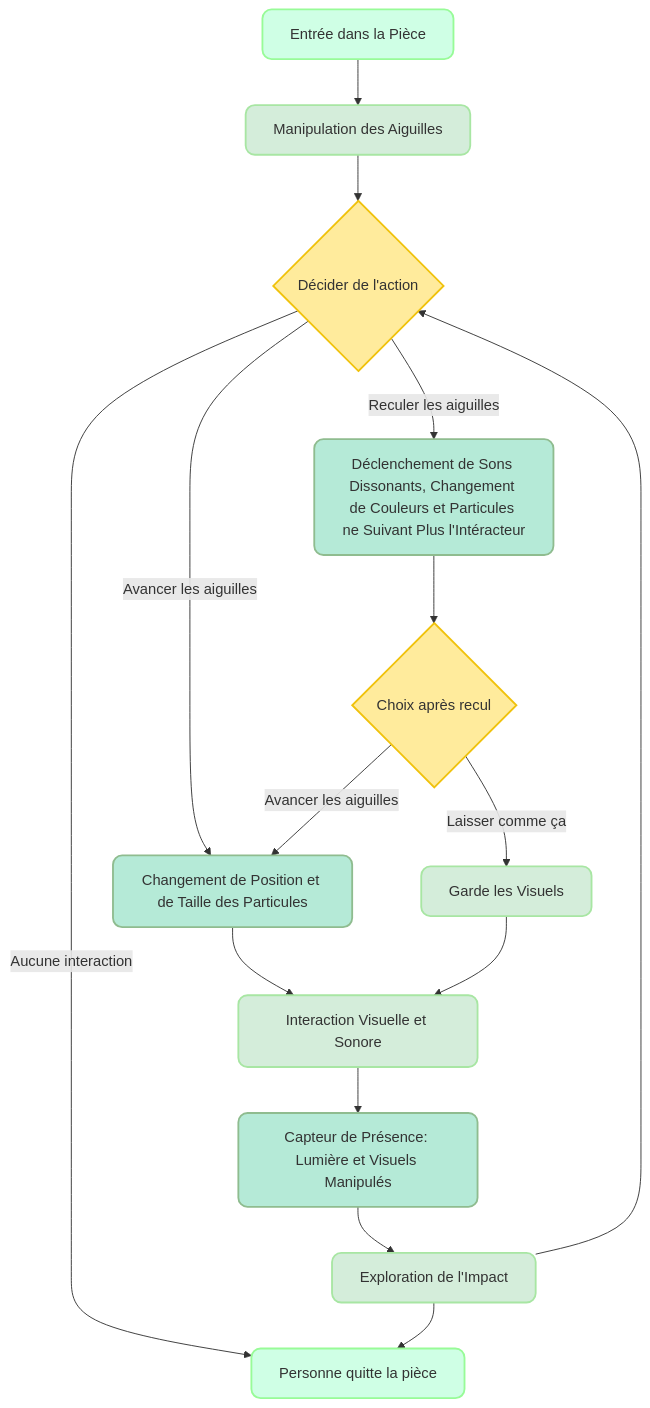
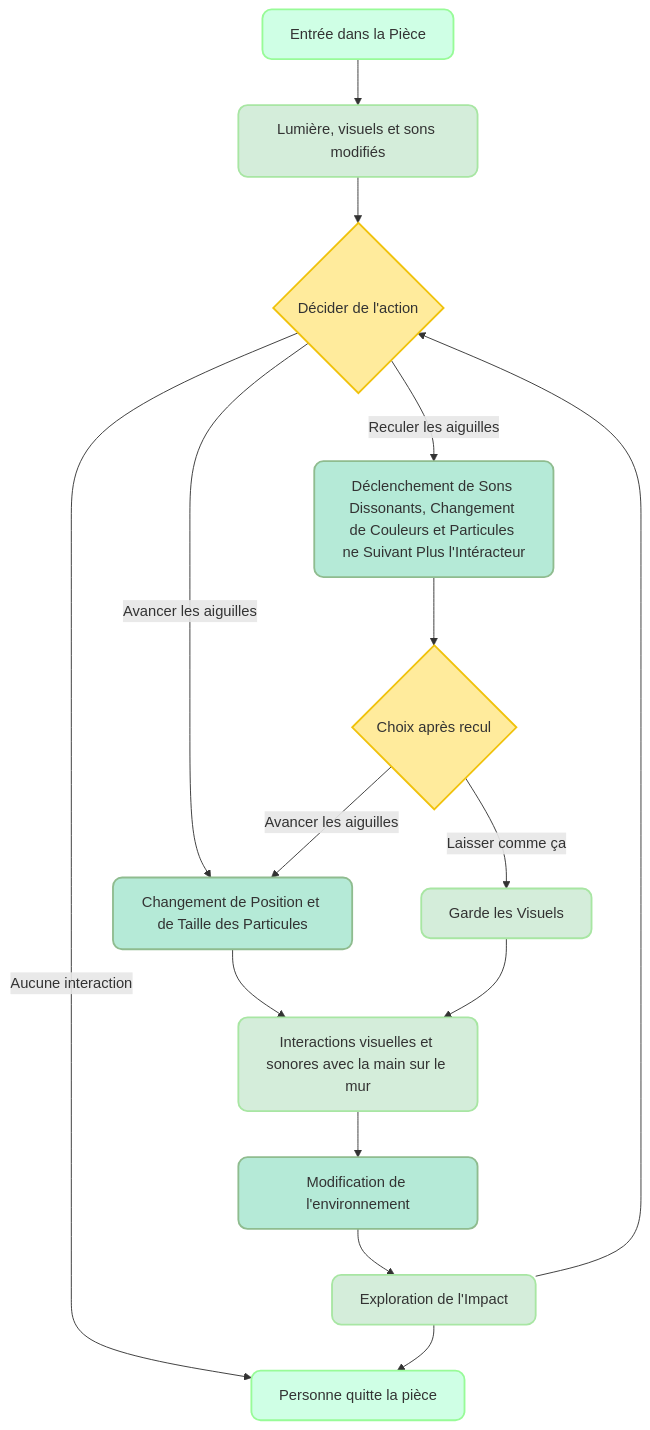
One commit to DelphineG-Projets/scenariser-interactivite changed the diagram in README.md. Above: the diagram before and after it, drawn with Mermaid. The commit also changed other lines of this file, not shown here.

````diff
--- a/README.md
+++ b/README.md
@@ -14,36 +14,36 @@
 ```mermaid
 flowchart TD
-   A[Entrée dans la Pièce] --> B[Manipulation des Aiguilles]
+   A[Entrée dans la Pièce] --> B[Lumière, visuels et sons modifiés]
     
     B --> J{Décider de l'action}
     J -->|Avancer les aiguilles| G[Changement de Position et de Taille des Particules]
     J -->|Reculer les aiguilles| H[Déclenchement de Sons Dissonants, Changement de Couleurs et Particules ne Suivant Plus l'Intéracteur]
 
     H --> K{Choix après recul}
     K -->|Laisser comme ça| L[Garde les Visuels]
     K -->|Avancer les aiguilles| G
 
-    G --> C[Interaction Visuelle et Sonore]
-    L --> C[Interaction Visuelle et Sonore]
+    G --> C[Interactions visuelles et sonores avec la main sur le mur]
+    L --> C[Interactions visuelles et sonores avec la main sur le mur]
     
-    C --> I[Capteur de Présence: Lumière et Visuels Manipulés]
+    C --> I[Modification de l'environnement]
     
     I --> D[Exploration de l'Impact]
 
     D --> J
     J -->|Aucune interaction| Z[Personne quitte la pièce]
     D --> Z
     
     %% Styles pour améliorer l'apparence
     classDef startEnd fill:#CFFFE5,stroke:#98FB98,stroke-width:2px,rx:10px,ry:10px;
     classDef action fill:#D4EDDA,stroke:#A8E6A3,stroke-width:2px,rx:10px,ry:10px;
     classDef transition fill:#B5EAD7,stroke:#8FBC8F,stroke-width:2px,rx:10px,ry:10px;
     classDef decision fill:#FFEB9C,stroke:#F0C20C,stroke-width:2px,rx:10px,ry:10px;
 
     %% Styles des noeuds
     class A,Z startEnd;
     class B,C,D action;
     class G,H,I transition;
     class J,K decision;
     class L action;
 ```
````
